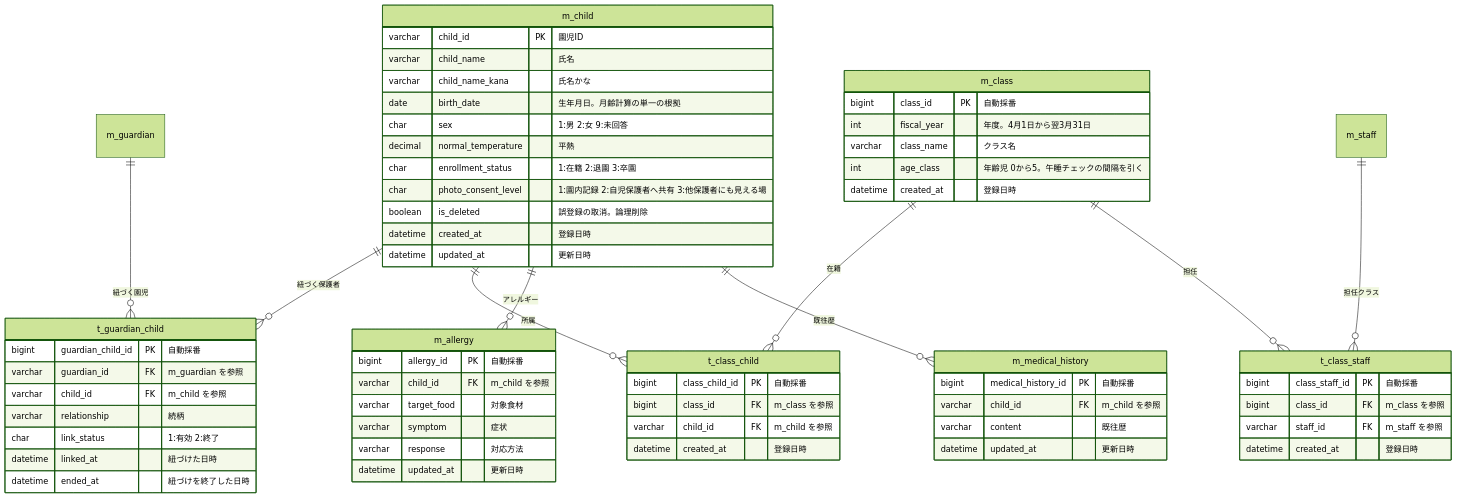
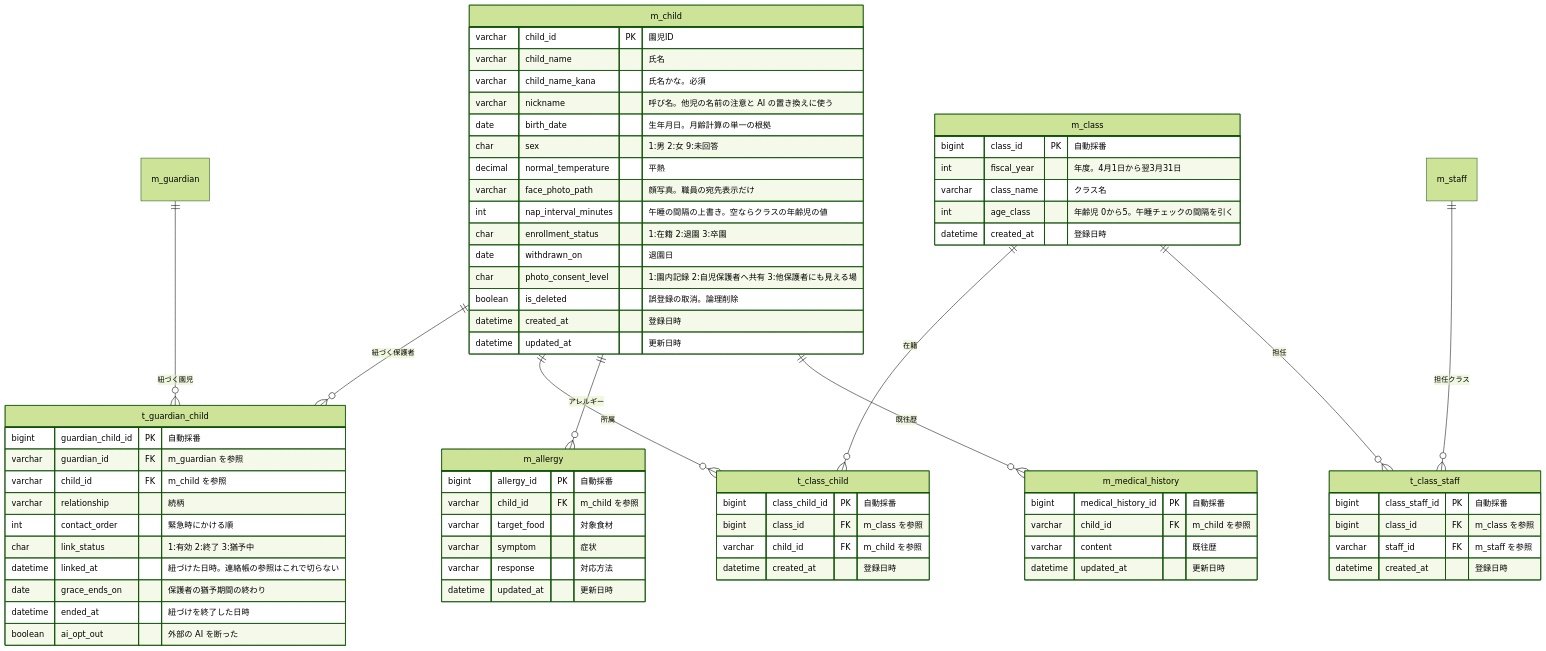
Before and after one commit to issei0423/sukusuku_system: the third of 9 diagrams in 図/ER図.md, drawn with Mermaid (forest theme). The commit also changed other lines of this file and 1 other file, not shown here.

First line of the commit message:
ER図 第2.0版：連絡帳のエリアと第3.0版の13の表・列を足し、共有の列と点線を外した。基本設計書 5章に園児の顔写真の列と、保護者へのひとことを関所の段2とすることを足した（UI の係の申し送り）

````diff
--- a/図/ER図.md
+++ b/図/ER図.md
@@ -167,67 +186,74 @@
 ```mermaid
 erDiagram
     m_child ||--o{ t_guardian_child : "紐づく保護者"
     m_guardian ||--o{ t_guardian_child : "紐づく園児"
     m_class ||--o{ t_class_child : "在籍"
     m_child ||--o{ t_class_child : "所属"
     m_class ||--o{ t_class_staff : "担任"
     m_staff ||--o{ t_class_staff : "担任クラス"
     m_child ||--o{ m_allergy : "アレルギー"
     m_child ||--o{ m_medical_history : "既往歴"
 
     m_child {
         varchar child_id PK "園児ID"
         varchar child_name "氏名"
-        varchar child_name_kana "氏名かな"
+        varchar child_name_kana "氏名かな。必須"
+        varchar nickname "呼び名。他児の名前の注意と AI の置き換えに使う"
         date birth_date "生年月日。月齢計算の単一の根拠"
         char sex "1:男 2:女 9:未回答"
         decimal normal_temperature "平熱"
+        varchar face_photo_path "顔写真。職員の宛先表示だけ"
+        int nap_interval_minutes "午睡の間隔の上書き。空ならクラスの年齢児の値"
         char enrollment_status "1:在籍 2:退園 3:卒園"
+        date withdrawn_on "退園日"
         char photo_consent_level "1:園内記録 2:自児保護者へ共有 3:他保護者にも見える場"
         boolean is_deleted "誤登録の取消。論理削除"
         datetime created_at "登録日時"
         datetime updated_at "更新日時"
     }
     m_class {
         bigint class_id PK "自動採番"
         int fiscal_year "年度。4月1日から翌3月31日"
         varchar class_name "クラス名"
         int age_class "年齢児 0から5。午睡チェックの間隔を引く"
         datetime created_at "登録日時"
     }
     t_class_child {
         bigint class_child_id PK "自動採番"
         bigint class_id FK "m_class を参照"
         varchar child_id FK "m_child を参照"
         datetime created_at "登録日時"
     }
     t_class_staff {
         bigint class_staff_id PK "自動採番"
         bigint class_id FK "m_class を参照"
         varchar staff_id FK "m_staff を参照"
         datetime created_at "登録日時"
     }
     t_guardian_child {
         bigint guardian_child_id PK "自動採番"
         varchar guardian_id FK "m_guardian を参照"
         varchar child_id FK "m_child を参照"
         varchar relationship "続柄"
-        char link_status "1:有効 2:終了"
-        datetime linked_at "紐づけた日時"
+        int contact_order "緊急時にかける順"
+        char link_status "1:有効 2:終了 3:猶予中"
+        datetime linked_at "紐づけた日時。連絡帳の参照はこれで切らない"
+        date grace_ends_on "保護者の猶予期間の終わり"
         datetime ended_at "紐づけを終了した日時"
+        boolean ai_opt_out "外部の AI を断った"
     }
     m_allergy {
         bigint allergy_id PK "自動採番"
         varchar child_id FK "m_child を参照"
         varchar target_food "対象食材"
         varchar symptom "症状"
         varchar response "対応方法"
         datetime updated_at "更新日時"
     }
     m_medical_history {
         bigint medical_history_id PK "自動採番"
         varchar child_id FK "m_child を参照"
         varchar content "既往歴"
         datetime updated_at "更新日時"
     }
 ```
````
